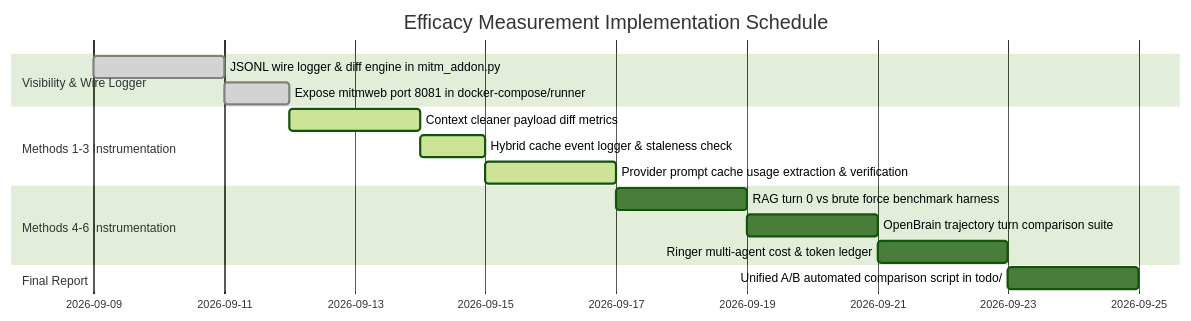
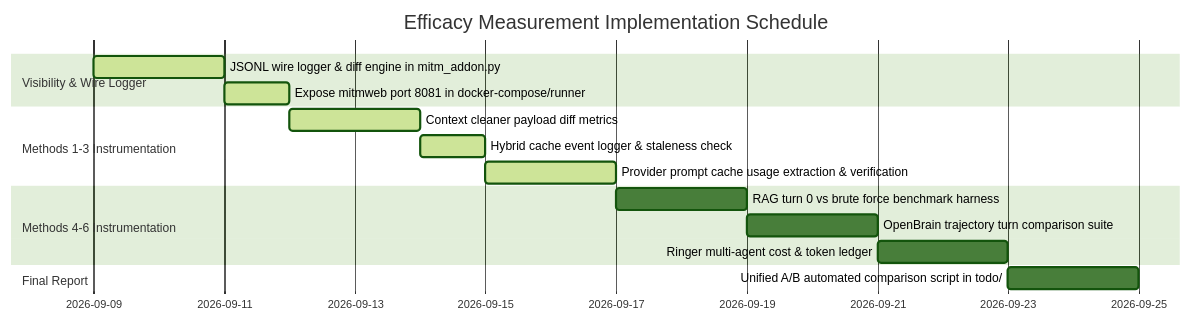
The second of 2 diagrams in docs/optimisation/token_reduction_measurement_plan.md (Holon-Agentic-Coder/holon-agentic-coder-ref-metadata), drawn with Mermaid (forest theme) before and after one commit. The commit also changed other lines of this file, not shown here.

````diff
--- a/docs/optimisation/token_reduction_measurement_plan.md
+++ b/docs/optimisation/token_reduction_measurement_plan.md
@@ -349,18 +385,18 @@
 ```mermaid
 gantt
     title Efficacy Measurement Implementation Schedule
     dateFormat  YYYY-MM-DD
     section Visibility & Wire Logger
-    JSONL wire logger & diff engine in mitm_addon.py       :done,    des1, 2026-09-09, 2d
-    Expose mitmweb port 8081 in docker-compose/runner     :done,    des2, after des1, 1d
+    JSONL wire logger & diff engine in mitm_addon.py       :active,  des1, 2026-09-09, 2d
+    Expose mitmweb port 8081 in docker-compose/runner     :active,  des2, after des1, 1d
     section Methods 1-3 Instrumentation
     Context cleaner payload diff metrics                  :active,  des3, after des2, 2d
     Hybrid cache event logger & staleness check           :active,  des4, after des3, 1d
     Provider prompt cache usage extraction & verification :active,  des5, after des4, 2d
     section Methods 4-6 Instrumentation
     RAG turn 0 vs brute force benchmark harness           :         des6, after des5, 2d
     OpenBrain trajectory turn comparison suite            :         des7, after des6, 2d
     Ringer multi-agent cost & token ledger                :         des8, after des7, 2d
     section Final Report
     Unified A/B automated comparison script in todo/      :         des9, after des8, 2d
 ```
````
